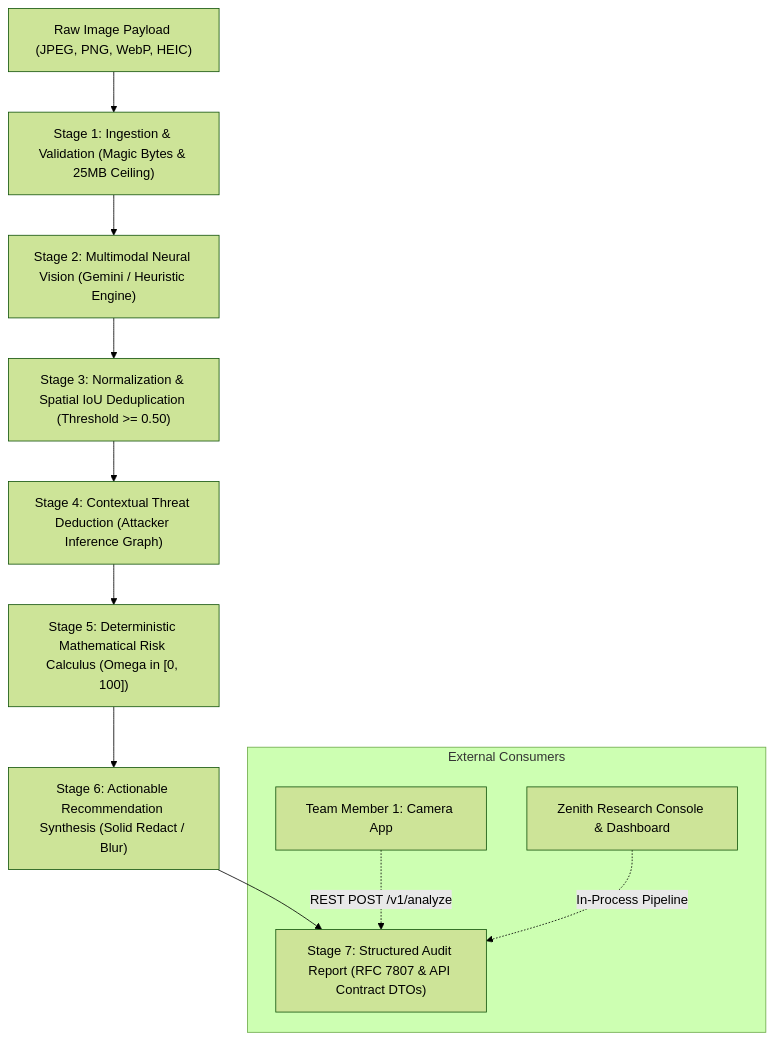
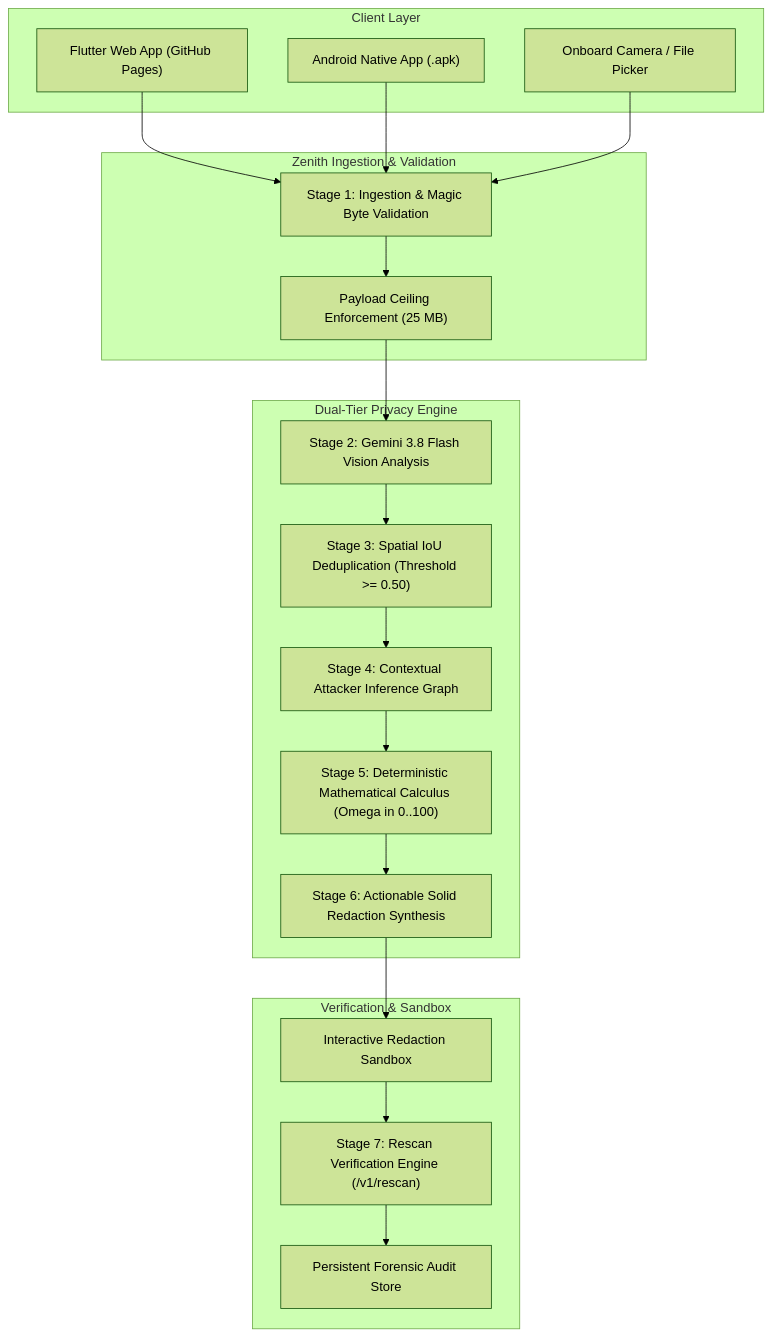
The diagram in README.md (siddhant-dev10/Zenith), drawn with Mermaid (forest theme) before and after one commit. The commit also changed other lines of this file and 208 other files, not shown here.

First line of the commit message:
feat: complete Project Zenith visual privacy intelligence platform

````diff
--- a/README.md
+++ b/README.md
@@ -14,15 +40,34 @@
 ```mermaid
 graph TD
-    ImageIn["Raw Image Payload (JPEG, PNG, WebP, HEIC)"] --> Val["Stage 1: Ingestion & Validation (Magic Bytes & 25MB Ceiling)"]
-    Val --> Vision["Stage 2: Multimodal Neural Vision (Gemini / Heuristic Engine)"]
-    Vision --> Norm["Stage 3: Normalization & Spatial IoU Deduplication (Threshold >= 0.50)"]
-    Norm --> Infer["Stage 4: Contextual Threat Deduction (Attacker Inference Graph)"]
-    Infer --> Score["Stage 5: Deterministic Mathematical Risk Calculus (Omega in [0, 100])"]
-    Score --> Rec["Stage 6: Actionable Recommendation Synthesis (Solid Redact / Blur)"]
-    Rec --> Report["Stage 7: Structured Audit Report (RFC 7807 & API Contract DTOs)"]
+    subgraph Client Layer
+        Web["Flutter Web App (GitHub Pages)"]
+        Android["Android Native App (.apk)"]
+        Camera["Onboard Camera / File Picker"]
+    end
 
-    subgraph External Consumers
-        CamApp["Team Member 1: Camera App"] -.->|REST POST /v1/analyze| Report
-        Dashboard["Zenith Research Console & Dashboard"] -.->|In-Process Pipeline| Report
+    subgraph Zenith Ingestion & Validation
+        Ingest["Stage 1: Ingestion & Magic Byte Validation"]
+        SizeCheck["Payload Ceiling Enforcement (25 MB)"]
     end
+
+    subgraph Dual-Tier Privacy Engine
+        Gemini["Stage 2: Gemini 3.8 Flash Vision Analysis"]
+        IoU["Stage 3: Spatial IoU Deduplication (Threshold >= 0.50)"]
+        Graph["Stage 4: Contextual Attacker Inference Graph"]
+        RiskEng["Stage 5: Deterministic Mathematical Calculus (Omega in 0..100)"]
+        Recs["Stage 6: Actionable Solid Redaction Synthesis"]
+    end
+
+    subgraph Verification & Sandbox
+        RedactSandbox["Interactive Redaction Sandbox"]
+        Rescan["Stage 7: Rescan Verification Engine (/v1/rescan)"]
+        AuditLog["Persistent Forensic Audit Store"]
+    end
+
+    Web --> Ingest
+    Android --> Ingest
+    Camera --> Ingest
+    Ingest --> SizeCheck --> Gemini
+    Gemini --> IoU --> Graph --> RiskEng --> Recs
+    Recs --> RedactSandbox --> Rescan --> AuditLog
 ```
````
